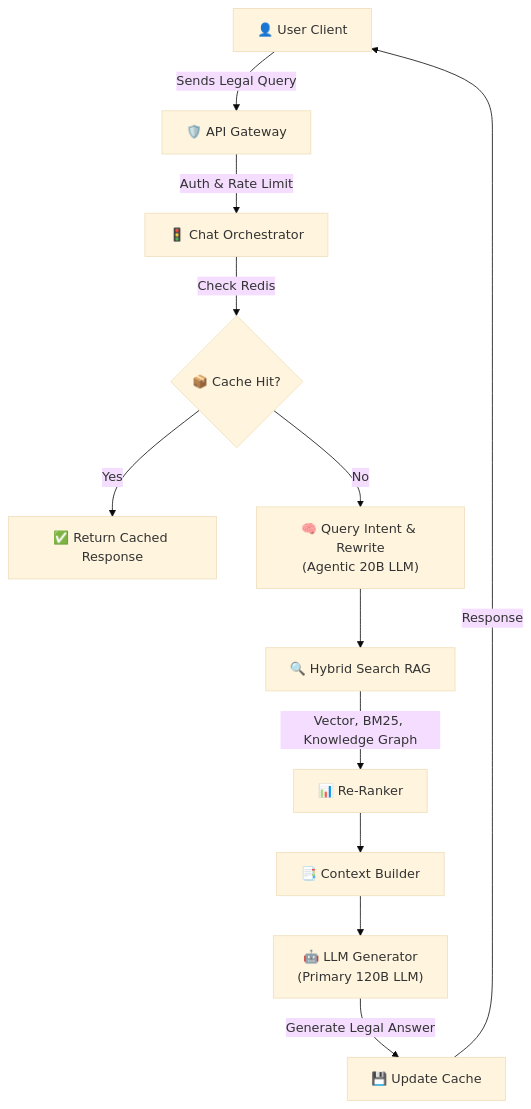
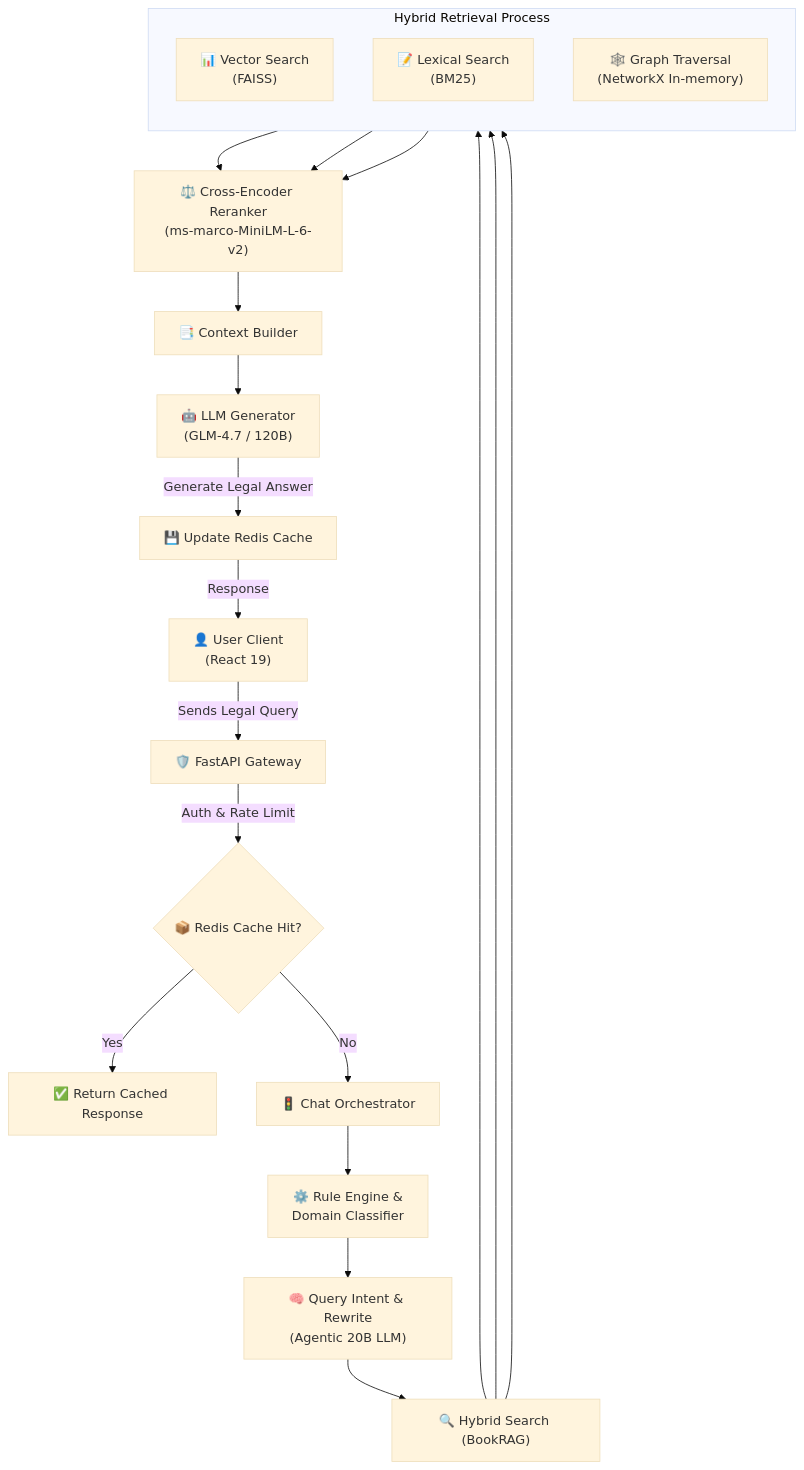
The diagram in README.md (Cuongngucutee/legal-edu-chatbot), drawn with Mermaid (base theme) before and after one commit.

````diff
--- a/README.md
+++ b/README.md
@@ -49,14 +49,32 @@
 ```mermaid
 flowchart TD
-    Client["👤 User Client"] -->|Sends Legal Query| API["🛡️ API Gateway"]
-    API -->|Auth & Rate Limit| Router["🚦 Chat Orchestrator"]
-    Router -->|Check Redis| Cache{"📦 Cache Hit?"}
+    Client["👤 User Client<br/>(React 19)"] -->|Sends Legal Query| API["🛡️ FastAPI Gateway"]
+    API -->|Auth & Rate Limit| Cache{"📦 Redis Cache Hit?"}
     Cache -->|Yes| ReturnCache["✅ Return Cached Response"]
-    Cache -->|No| Rewrite["🧠 Query Intent & Rewrite<br/>(Agentic 20B LLM)"]
-    Rewrite --> Hybrid["🔍 Hybrid Search RAG"]
-    Hybrid -->|Vector, BM25, Knowledge Graph| ReRank["📊 Re-Ranker"]
-    ReRank --> Context["📑 Context Builder"]
-    Context --> Generator["🤖 LLM Generator<br/>(Primary 120B LLM)"]
-    Generator -->|Generate Legal Answer| SaveCache["💾 Update Cache"]
+    Cache -->|No| Orchestrator["🚦 Chat Orchestrator"]
+    Orchestrator --> RuleEngine["⚙️ Rule Engine &<br/>Domain Classifier"]
+    RuleEngine --> Rewrite["🧠 Query Intent & Rewrite<br/>(Agentic 20B LLM)"]
+    
+    Rewrite --> HybridSearch["🔍 Hybrid Search (BookRAG)"]
+    
+    subgraph Retrieval["Hybrid Retrieval Process"]
+        direction TB
+        Vector["📊 Vector Search<br/>(FAISS)"]
+        Lexical["📝 Lexical Search<br/>(BM25)"]
+        Graph["🕸️ Graph Traversal<br/>(NetworkX In-memory)"]
+    end
+    
+    HybridSearch --> Vector
+    HybridSearch --> Lexical
+    HybridSearch --> Graph
+    
+    Vector --> ReRank
+    Lexical --> ReRank
+    Graph --> ReRank
+    
+    ReRank["⚖️ Cross-Encoder Reranker<br/>(ms-marco-MiniLM-L-6-v2)"] --> Context["📑 Context Builder"]
+    
+    Context --> Generator["🤖 LLM Generator<br/>(GLM-4.7 / 120B)"]
+    Generator -->|Generate Legal Answer| SaveCache["💾 Update Redis Cache"]
     SaveCache -->|Response| Client
 ```
````
